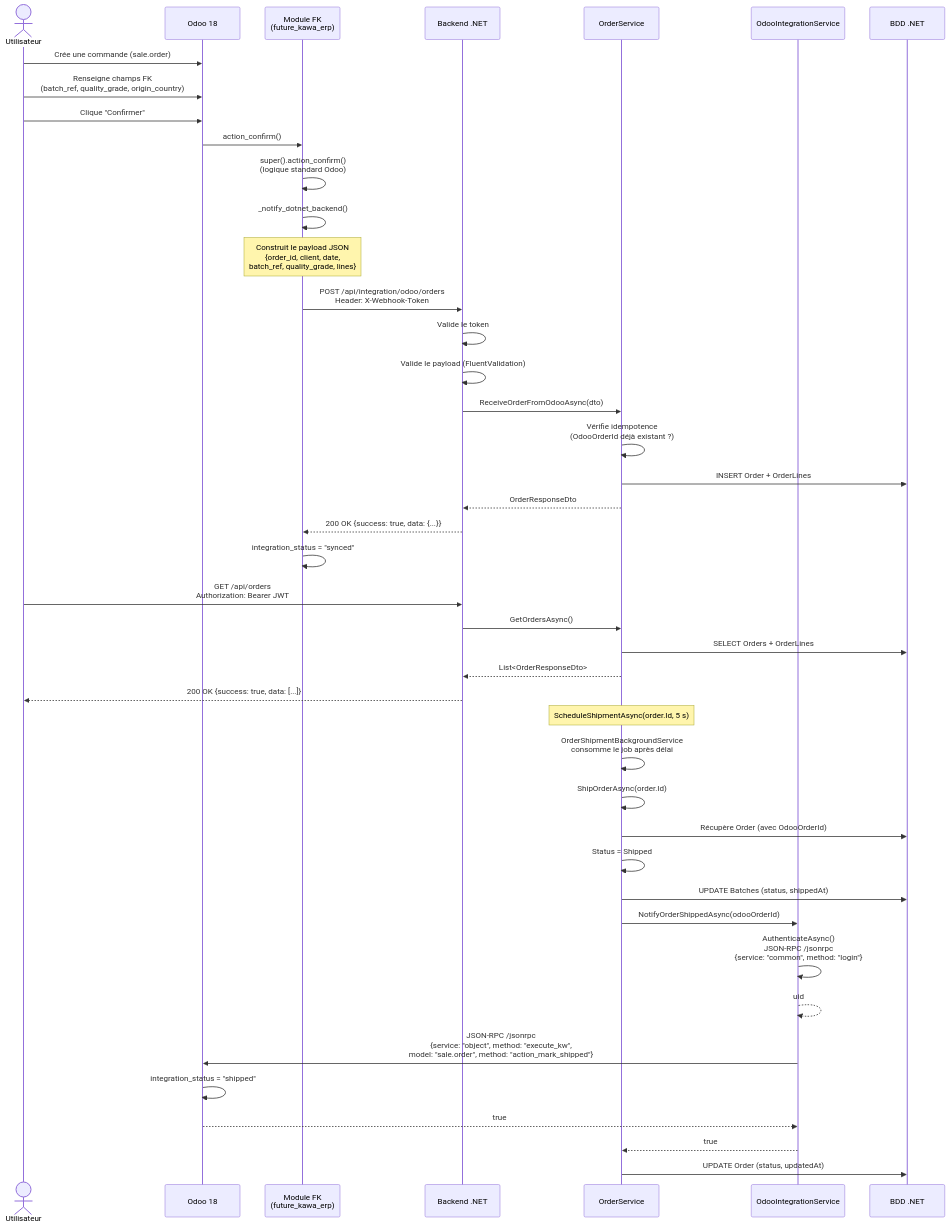
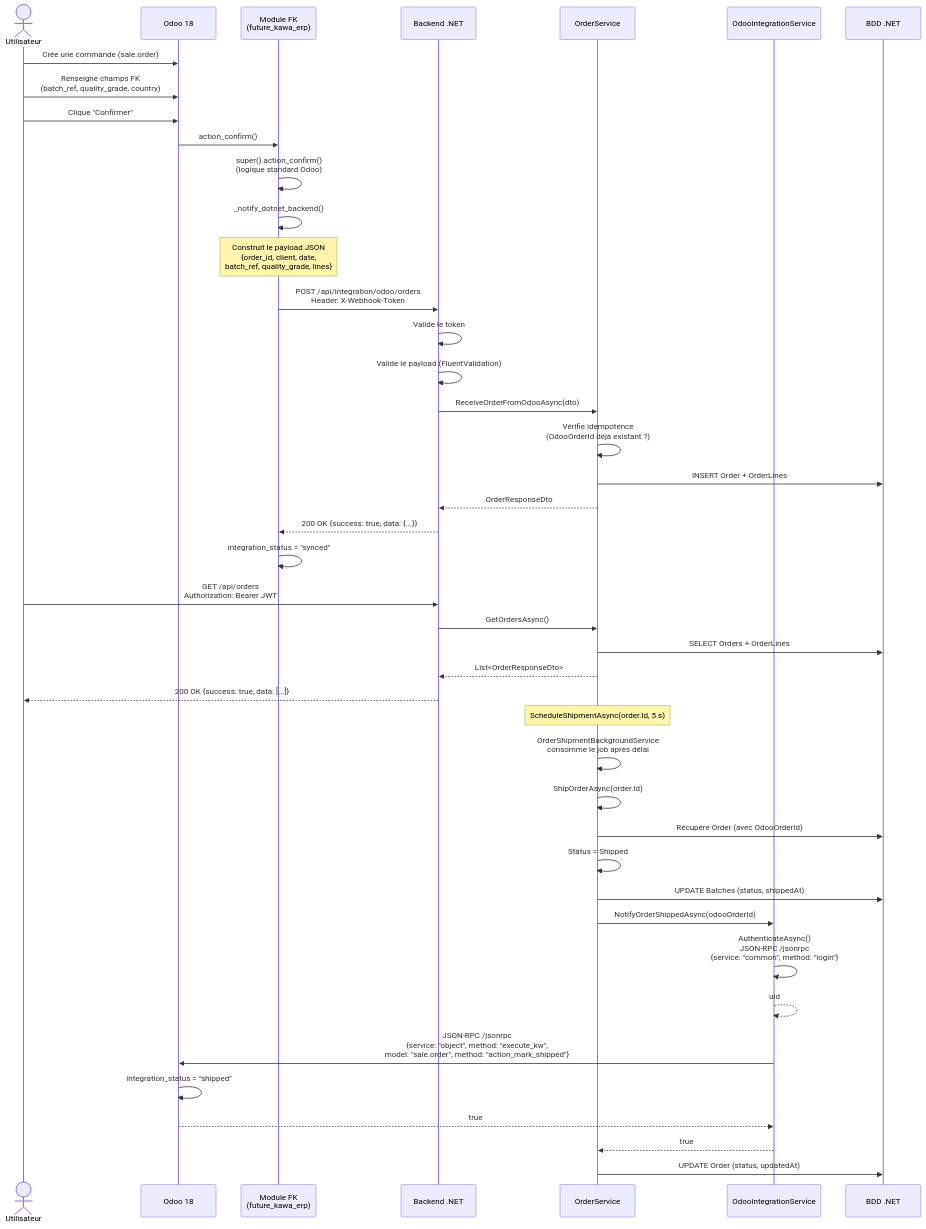
One commit to FutureKawa-Nte-G2/FutureKawa changed the diagram in Documentation/diagrammes/sequence_order_flow.md. Above: the diagram before and after it, drawn with Mermaid. The commit also changed 19 other files, not shown here.

Commit message:
feat: associate orders with origin country and auto-generate batch references in Odoo

````diff
--- a/Documentation/diagrammes/sequence_order_flow.md
+++ b/Documentation/diagrammes/sequence_order_flow.md
@@ -5,57 +5,57 @@
 ```mermaid
 sequenceDiagram
     actor U as Utilisateur
     participant O as Odoo 18
     participant M as Module FK<br/>(future_kawa_erp)
     participant API as Backend .NET
     participant SVC as OrderService
     participant ODOO as OdooIntegrationService
     participant DB as BDD .NET
 
     %% ── Étape 1 : Création de commande dans Odoo ──
     U->>O: Crée une commande (sale.order)
-    U->>O: Renseigne champs FK<br/>(batch_ref, quality_grade, origin_country)
+    U->>O: Renseigne champs FK<br/>(batch_ref, quality_grade, country)
     U->>O: Clique "Confirmer"
 
     %% ── Étape 2 : Webhook Odoo → .NET ──
     O->>M: action_confirm()
     M->>M: super().action_confirm()<br/>(logique standard Odoo)
     M->>M: _notify_dotnet_backend()
     Note over M: Construit le payload JSON<br/>{order_id, client, date,<br/>batch_ref, quality_grade, lines}
     M->>API: POST /api/integration/odoo/orders<br/>Header: X-Webhook-Token
     API->>API: Valide le token
     API->>API: Valide le payload (FluentValidation)
     API->>SVC: ReceiveOrderFromOdooAsync(dto)
     SVC->>SVC: Vérifie idempotence<br/>(OdooOrderId déjà existant ?)
     SVC->>DB: INSERT Order + OrderLines
     SVC-->>API: OrderResponseDto
     API-->>M: 200 OK {success: true, data: {...}}
     M->>M: integration_status = "synced"
 
     %% ── Étape 3 : Consultation des commandes ──
     U->>API: GET /api/orders<br/>Authorization: Bearer JWT
     API->>SVC: GetOrdersAsync()
     SVC->>DB: SELECT Orders + OrderLines
     SVC-->>API: List<OrderResponseDto>
     API-->>U: 200 OK {success: true, data: [...]}
 
     %% ── Étape 4 : Expédition automatique après 5 s ──
     Note over SVC: ScheduleShipmentAsync(order.Id, 5 s)
     SVC->>SVC: OrderShipmentBackgroundService<br/>consomme le job après délai
     SVC->>SVC: ShipOrderAsync(order.Id)
     SVC->>DB: Récupère Order (avec OdooOrderId)
     SVC->>SVC: Status = Shipped
     SVC->>DB: UPDATE Batches (status, shippedAt)
     SVC->>ODOO: NotifyOrderShippedAsync(odooOrderId)
 
     %% ── Étape 5 : JSON-RPC .NET → Odoo ──
     ODOO->>ODOO: AuthenticateAsync()<br/>JSON-RPC /jsonrpc<br/>{service: "common", method: "login"}
     ODOO-->>ODOO: uid
     ODOO->>O: JSON-RPC /jsonrpc<br/>{service: "object", method: "execute_kw",<br/>model: "sale.order", method: "action_mark_shipped"}
     O->>O: integration_status = "shipped"
     O-->>ODOO: true
     ODOO-->>SVC: true
 
     %% ── Étape 6 : Finalisation ──
     SVC->>DB: UPDATE Order (status, updatedAt)
 ```
````
